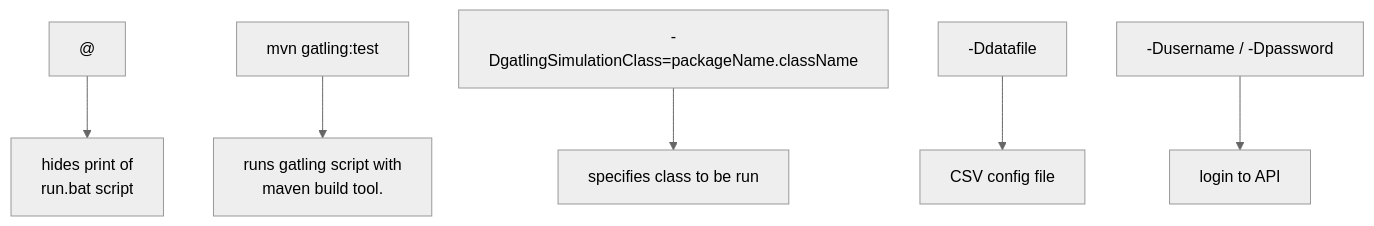
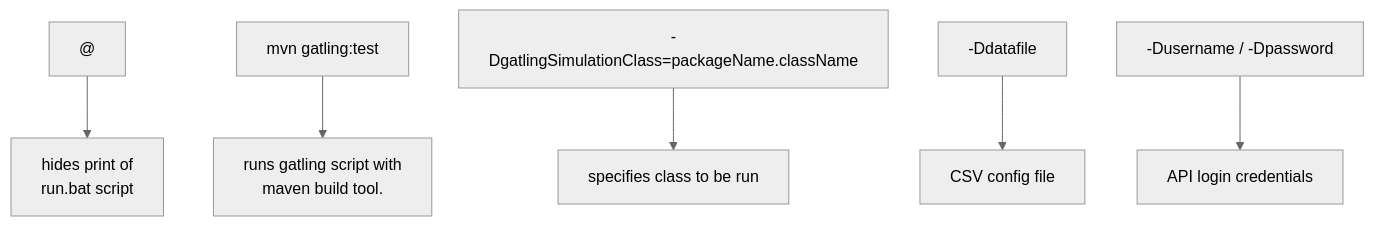
One commit to joshuajerome/Gatling-PPDM changed the diagram in README.md. Above: the diagram before and after it, drawn with Mermaid (neutral theme). The commit also changed other lines of this file, not shown here.

````diff
--- a/README.md
+++ b/README.md
@@ -14,10 +14,10 @@
 ```mermaid
 flowchart TD;
     A["@"]-->B["hides print of
     run.bat script"];
     C["mvn gatling:test"]-->D["runs gatling script with 
     maven build tool."];
     E["-DgatlingSimulationClass=packageName.className"]-->F["specifies class to be run"];
     G["-Ddatafile"]-->H["CSV config file"];
-    I["-Dusername / -Dpassword"]-->J["login to API"];
+    I["-Dusername / -Dpassword"]-->J["API login credentials"];
 ```
````
